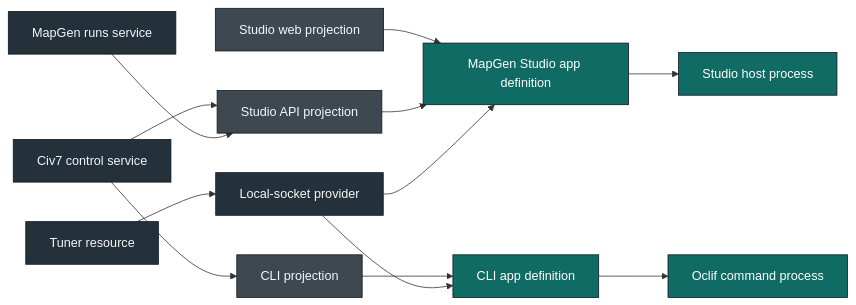
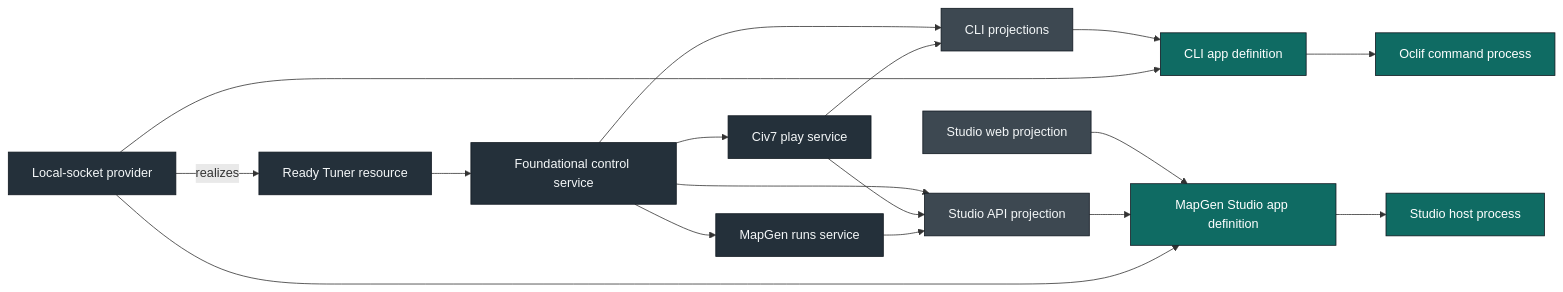
Before and after one commit to mateicanavra/civ7-modding-tools: the diagram in docs/projects/civ7-capability-realization/FRAME.md, drawn with Mermaid. The commit also changed other lines of this file and 12 other files, not shown here.

````diff
--- a/docs/projects/civ7-capability-realization/FRAME.md
+++ b/docs/projects/civ7-capability-realization/FRAME.md
@@ -340,21 +405,26 @@
 ```mermaid
 flowchart LR
-  Resource["Tuner resource"] --> Provider["Local-socket provider"]
-  Control["Civ7 control service"] --> CLI["CLI projection"]
+  Provider["Local-socket provider"] -->|realizes| Resource["Ready Tuner resource"]
+  Resource --> Control["Foundational control service"]
+  Control --> Play["Civ7 play service"]
+  Control --> CLI["CLI projections"]
+  Play --> CLI
   Control --> StudioAPI["Studio API projection"]
-  Runs["MapGen runs service"] --> StudioAPI
+  Play --> StudioAPI
+  Control --> Runs["MapGen runs service"]
+  Runs --> StudioAPI
   Web["Studio web projection"] --> Studio["MapGen Studio app definition"]
   StudioAPI --> Studio
   CLI --> CLIApp["CLI app definition"]
   Provider --> Studio
   Provider --> CLIApp
   Studio --> StudioProcess["Studio host process"]
   CLIApp --> CLIProcess["Oclif command process"]
 
   classDef truth fill:#24303a,stroke:#101820,color:#f4f7f8;
   classDef projection fill:#3d4851,stroke:#101820,color:#f4f7f8;
   classDef runtime fill:#0f6b63,stroke:#101820,color:#ffffff;
-  class Resource,Provider,Control,Runs truth;
+  class Resource,Provider,Control,Play,Runs truth;
   class CLI,StudioAPI,Web projection;
   class Studio,CLIApp,StudioProcess,CLIProcess runtime;
 ```
````
